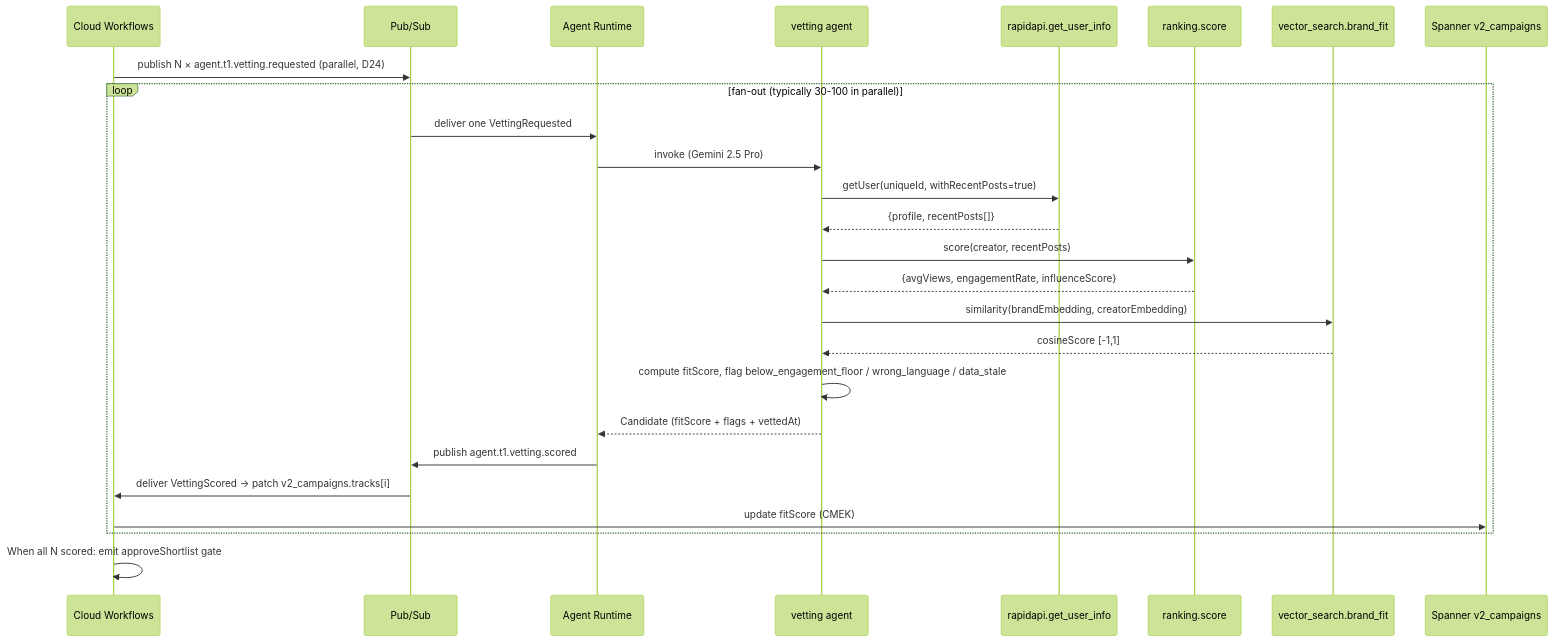
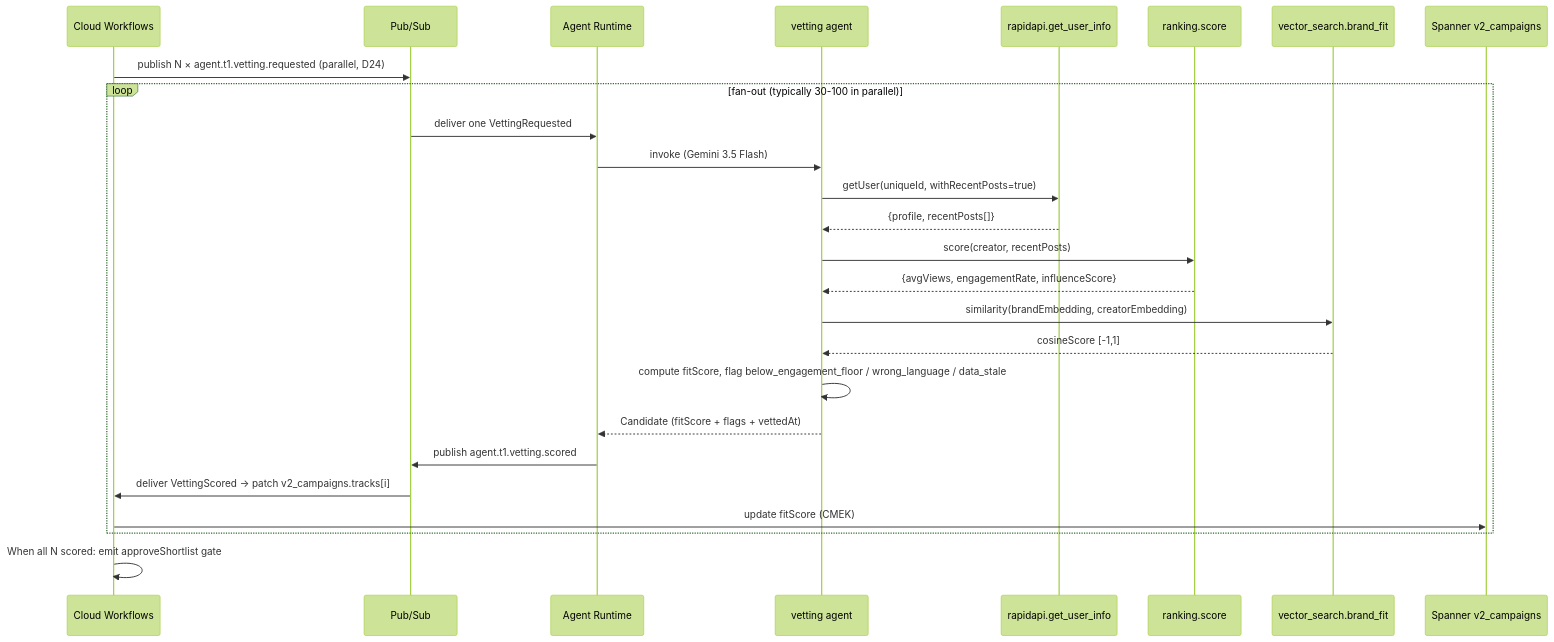
One commit to Two-Weeks-Team/social-seeding-v2-public changed the diagram in gcp-research/specs/tier1/vetting.spec.md. Above: the diagram before and after it, drawn with Mermaid (forest theme). The commit also changed other lines of this file and 30 other files, not shown here.

````diff
--- a/gcp-research/specs/tier1/vetting.spec.md
+++ b/gcp-research/specs/tier1/vetting.spec.md
@@ -181,29 +181,29 @@
 ```mermaid
 sequenceDiagram
   participant WF as Cloud Workflows
   participant PS as Pub/Sub
   participant AR as Agent Runtime
   participant VE as vetting agent
   participant RAPI as rapidapi.get_user_info
   participant RS as ranking.score
   participant VV as vector_search.brand_fit
   participant SP as Spanner v2_campaigns
 
   WF->>PS: publish N × agent.t1.vetting.requested (parallel, D24)
   loop fan-out (typically 30-100 in parallel)
     PS->>AR: deliver one VettingRequested
-    AR->>VE: invoke (Gemini 2.5 Pro)
+    AR->>VE: invoke (Gemini 3.5 Flash)
     VE->>RAPI: getUser(uniqueId, withRecentPosts=true)
     RAPI-->>VE: {profile, recentPosts[]}
     VE->>RS: score(creator, recentPosts)
     RS-->>VE: {avgViews, engagementRate, influenceScore}
     VE->>VV: similarity(brandEmbedding, creatorEmbedding)
     VV-->>VE: cosineScore [-1,1]
     VE->>VE: compute fitScore, flag below_engagement_floor / wrong_language / data_stale
     VE-->>AR: Candidate (fitScore + flags + vettedAt)
     AR->>PS: publish agent.t1.vetting.scored
     PS->>WF: deliver VettingScored → patch v2_campaigns.tracks[i]
     WF->>SP: update fitScore (CMEK)
   end
   WF->>WF: When all N scored: emit approveShortlist gate
 ```
````
